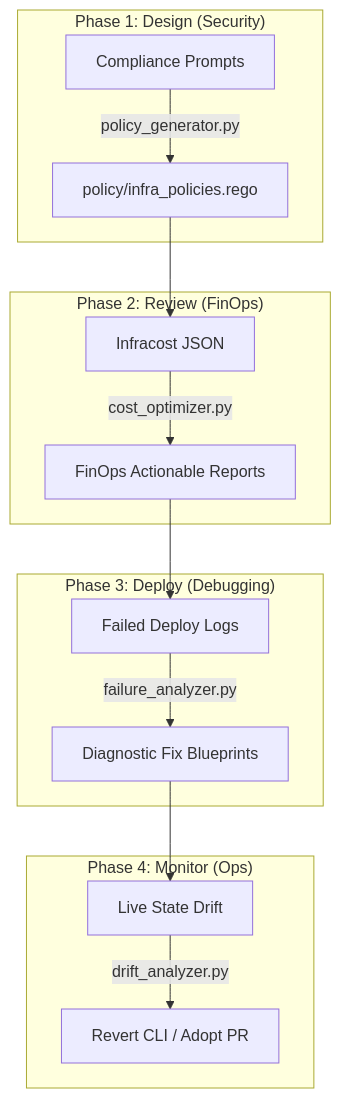
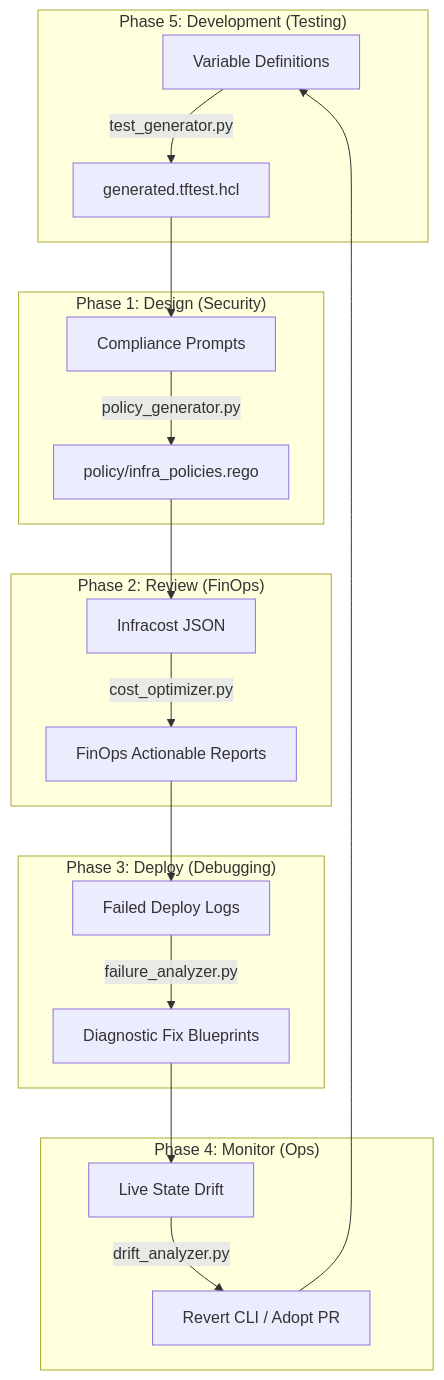
Before and after one commit to shreyansh-sawarn/tf-azure: the diagram in docs/ai-ops.md, drawn with Mermaid. The commit also changed other lines of this file and 6 other files, not shown here.

Commit message:
introduce AI-driven Terraform test generator

````diff
--- a/docs/ai-ops.md
+++ b/docs/ai-ops.md
@@ -21,22 +22,28 @@
 ```mermaid
 graph TD
+    subgraph "Phase 5: Development (Testing)"
+        I[Variable Definitions] -->|test_generator.py| J[generated.tftest.hcl]
+    end
+
     subgraph "Phase 1: Design (Security)"
         A[Compliance Prompts] -->|policy_generator.py| B[policy/infra_policies.rego]
     end
 
     subgraph "Phase 2: Review (FinOps)"
         C[Infracost JSON] -->|cost_optimizer.py| D[FinOps Actionable Reports]
     end
 
     subgraph "Phase 3: Deploy (Debugging)"
         E[Failed Deploy Logs] -->|failure_analyzer.py| F[Diagnostic Fix Blueprints]
     end
 
     subgraph "Phase 4: Monitor (Ops)"
         G[Live State Drift] -->|drift_analyzer.py| H[Revert CLI / Adopt PR]
     end
 
+    J --> A
     B --> C
     D --> E
     F --> G
+    H --> I
 ```
````
